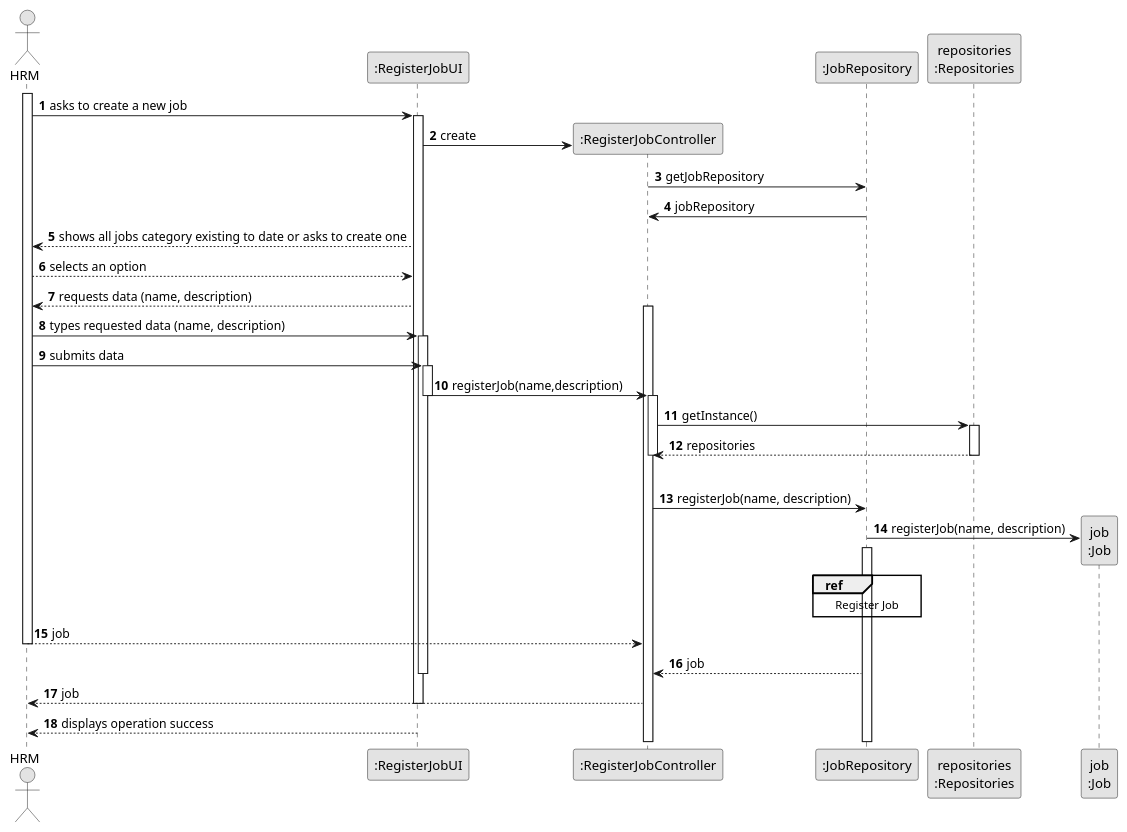
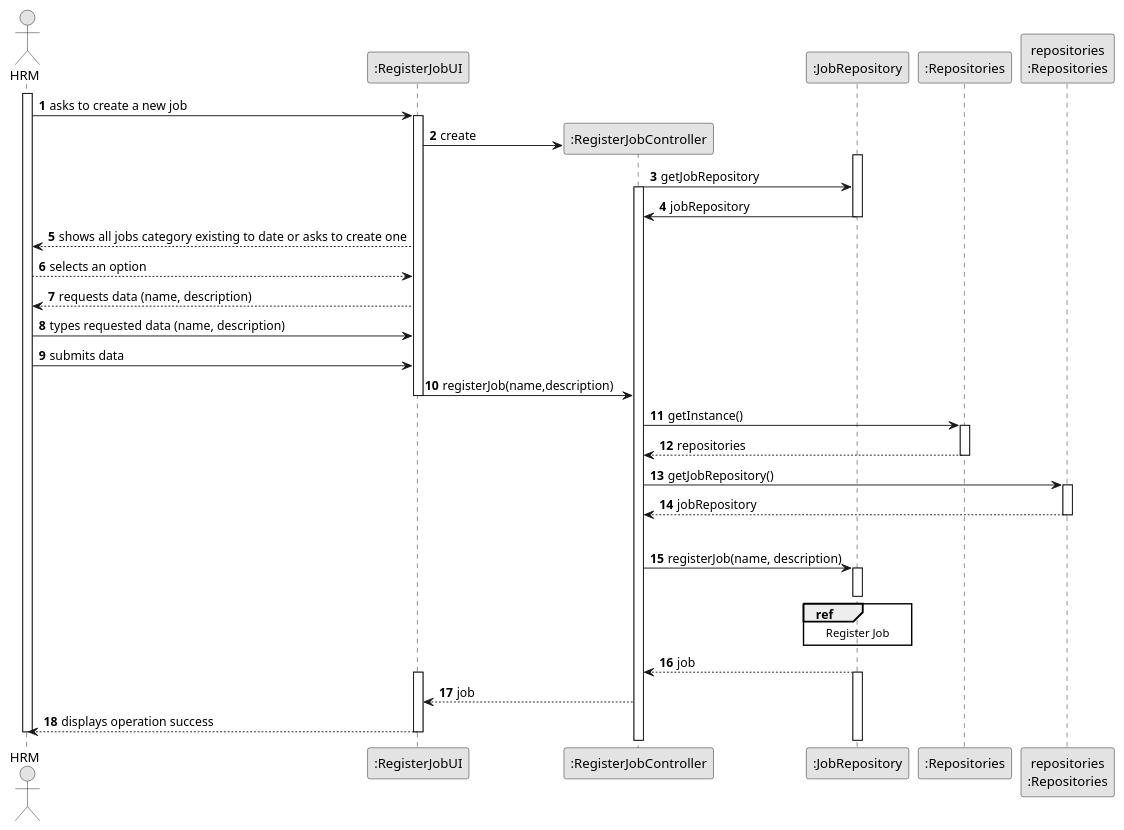
Before and after one commit to daniel41silva05/ISEP_2023_2024_LAPR2: the diagram in docs/sprintA&B/us002/03.design/puml/us002-sequence-diagram-split.puml, drawn with PlantUML. The commit also changed 8 other files, not shown here.

Commit message:
ED-16 Update US002 sequence diagram split

```diff
--- a/docs/sprintA&B/us002/03.design/puml/us002-sequence-diagram-split.puml
+++ b/docs/sprintA&B/us002/03.design/puml/us002-sequence-diagram-split.puml
@@ -1,90 +1,87 @@
 @startuml
 skinparam monochrome true
 skinparam packageStyle rectangle
 skinparam shadowing false
 
 
 autonumber
 
 'hide footbox
 
 actor "HRM" as HRM
 participant ":RegisterJobUI" as UI
 participant ":RegisterJobController" as CTRL
 participant ":JobRepository" as JOBS
+participant ":Repositories" as REP
 participant "repositories\n:Repositories" as PLAT
-participant "job\n:Job" as JOB
 
 activate HRM
 
         HRM -> UI : asks to create a new job
 
         activate UI
 
             create CTRL
             UI -> CTRL** : create
 
+            activate JOBS
             CTRL -> JOBS : getJobRepository
 
+            activate CTRL
             JOBS -> CTRL : jobRepository
+
+            deactivate JOBS
 
             UI --> HRM : shows all jobs category existing to date or asks to create one
 
             HRM --> UI : selects an option
 
             UI --> HRM : requests data (name, description)
 
-            activate CTRL
 
 
     HRM -> UI : types requested data (name, description)
-    activate UI
 
 
     HRM -> UI : submits data
-    activate UI
 
         UI -> CTRL : registerJob(name,description)
-        deactivate UI
-        activate CTRL
 
-'            CTRL -> CTRL : getJobCategoryByDescription(taskCategoryDescription)
-'            activate CTRL
+            deactivate UI
+                CTRL -> REP : getInstance()
+                activate REP
 
-                CTRL -> PLAT : getInstance()
+                    REP --> CTRL: repositories
+                deactivate REP
+
+                CTRL -> PLAT: getJobRepository()
+
                 activate PLAT
 
-                    PLAT --> CTRL: repositories
+                PLAT --> CTRL: jobRepository
                 deactivate PLAT
-
-'
-            deactivate CTRL
 
 
             |||
             CTRL -> JOBS: registerJob(name, description)
 
-                JOBS -> JOB**: registerJob(name, description)
-
             activate JOBS
             ref over JOBS
                 Register Job
             end ref
-
-                HRM --> CTRL : job
-
-            deactivate HRM
+            deactivate JOBS
 
             JOBS --> CTRL: job
-            deactivate UI
+            activate JOBS
 
-            CTRL --> HRM: job
-                        deactivate UI
+            activate UI
+            CTRL --> UI: job
+
 
 
             UI --> HRM: displays operation success
     deactivate UI
 
 deactivate HRM
 
 @enduml
```
